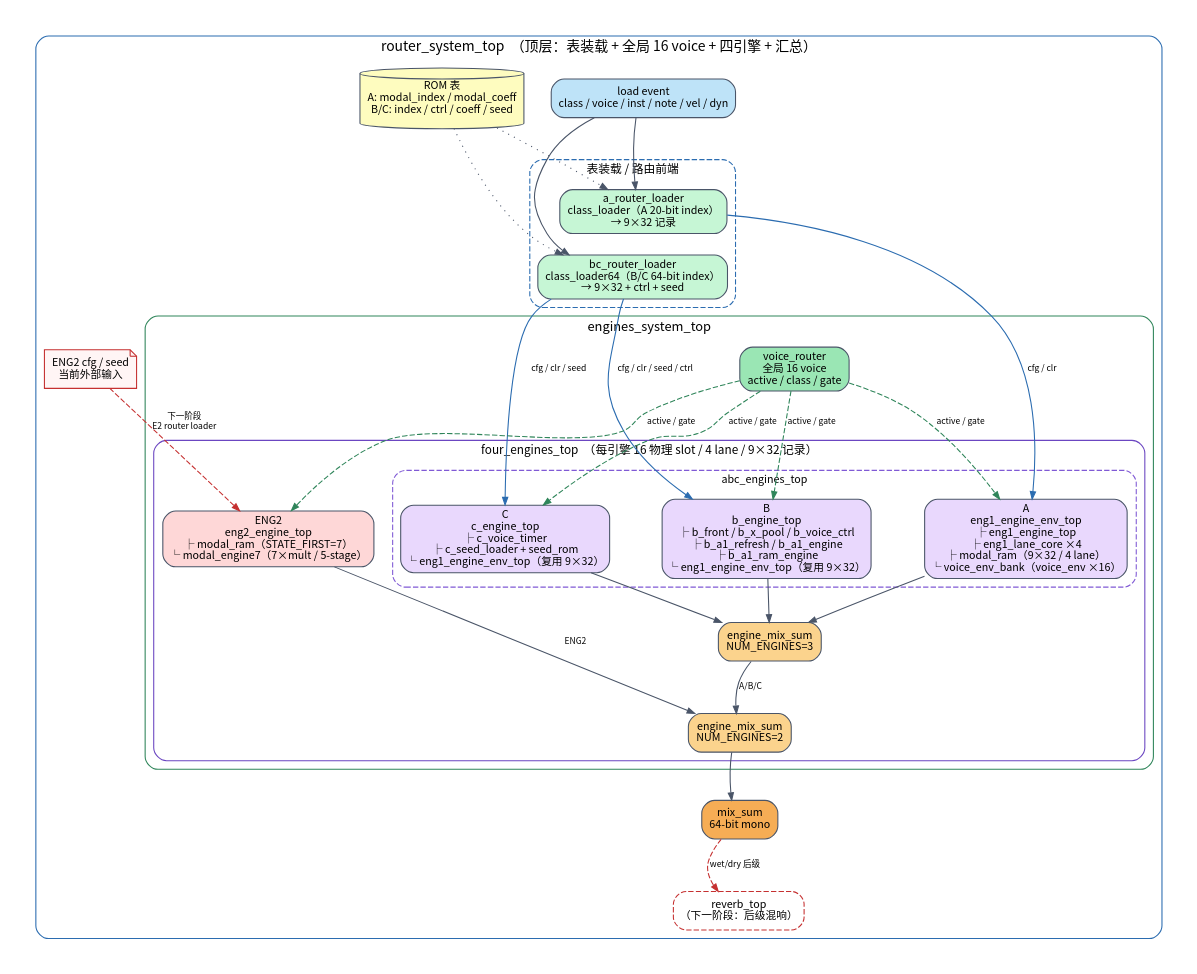
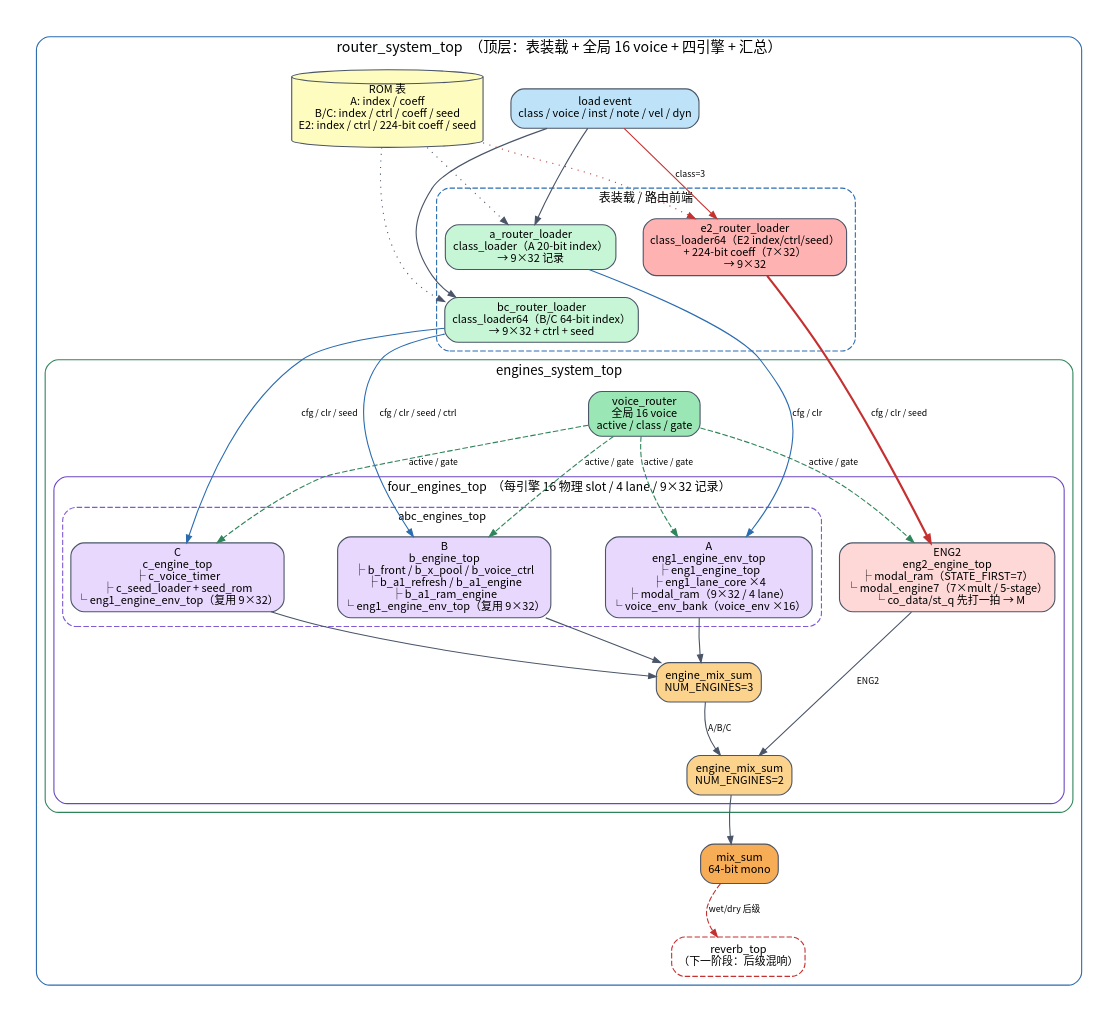
One commit to rubbishbro/FPGA_IDC_2026 changed the diagram in docs/diagrams/engines_system_flow.dot. Above: the diagram before and after it, drawn with Graphviz. The commit also changed 2 other files, not shown here.

Commit message:
docs(diagram): redraw four-engine flow with E2 router loader

```diff
--- a/docs/diagrams/engines_system_flow.dot
+++ b/docs/diagrams/engines_system_flow.dot
@@ -1,86 +1,87 @@
 digraph engines_system {
     graph [
         fontname="Noto Sans CJK TC", fontsize=18,
         rankdir=TB, compound=true, newrank=true,
         nodesep=0.35, ranksep=0.55, size="15,13", bgcolor="white", pad=0.25
     ];
     node [shape=box, style="rounded,filled", fontname="Noto Sans CJK TC",
           fontsize=10, margin="0.10,0.06", color="#4a5568", fillcolor="#edf2f7"];
     edge [fontname="Noto Sans CJK TC", fontsize=8, color="#4a5568", arrowsize=0.7];
 
     subgraph cluster_top {
         label="router_system_top  （顶层：表装载 + 全局 16 voice + 四引擎 + 汇总）";
         fontsize=13; color="#2b6cb0"; style="rounded"; fillcolor="#ebf8ff";
 
         event [label="load event\nclass / voice / inst / note / vel / dyn", fillcolor="#bee3f8"];
-        rom [label="ROM 表\nA: modal_index / modal_coeff\nB/C: index / ctrl / coeff / seed", shape=cylinder, fillcolor="#fefcbf"];
+        rom [label="ROM 表\nA: index / coeff\nB/C: index / ctrl / coeff / seed\nE2: index / ctrl / 224-bit coeff / seed", shape=cylinder, fillcolor="#fefcbf"];
 
         subgraph cluster_front {
             label="表装载 / 路由前端";
             fontsize=11; color="#2b6cb0"; style="rounded,dashed"; fillcolor="#ebf8ff";
             a_ld [label="a_router_loader\nclass_loader（A 20-bit index）\n→ 9×32 记录", fillcolor="#c6f6d5"];
             bc_ld [label="bc_router_loader\nclass_loader64（B/C 64-bit index）\n→ 9×32 + ctrl + seed", fillcolor="#c6f6d5"];
+            e2_ld [label="e2_router_loader\nclass_loader64（E2 index/ctrl/seed）\n+ 224-bit coeff（7×32）\n→ 9×32", fillcolor="#feb2b2"];
         }
 
         subgraph cluster_sys {
             label="engines_system_top";
             fontsize=12; color="#2f855a"; style="rounded"; fillcolor="#f0fff4";
             vr [label="voice_router\n全局 16 voice\nactive / class / gate", fillcolor="#9ae6b4"];
 
             subgraph cluster_four {
                 label="four_engines_top  （每引擎 16 物理 slot / 4 lane / 9×32 记录）";
                 fontsize=11; color="#6b46c1"; style="rounded"; fillcolor="#faf5ff";
 
                 subgraph cluster_abc {
                     label="abc_engines_top";
                     fontsize=10; color="#805ad5"; style="rounded,dashed"; fillcolor="#faf5ff";
                     a_eng [label="A\neng1_engine_env_top\n├ eng1_engine_top\n├ eng1_lane_core ×4\n├ modal_ram（9×32 / 4 lane）\n└ voice_env_bank（voice_env ×16）", fillcolor="#e9d8fd"];
                     b_eng [label="B\nb_engine_top\n├ b_front / b_x_pool / b_voice_ctrl\n├ b_a1_refresh / b_a1_engine\n├ b_a1_ram_engine\n└ eng1_engine_env_top（复用 9×32）", fillcolor="#e9d8fd"];
                     c_eng [label="C\nc_engine_top\n├ c_voice_timer\n├ c_seed_loader + seed_rom\n└ eng1_engine_env_top（复用 9×32）", fillcolor="#e9d8fd"];
                 }
 
-                e2 [label="ENG2\neng2_engine_top\n├ modal_ram（STATE_FIRST=7）\n└ modal_engine7（7×mult / 5-stage）", fillcolor="#fed7d7"];
+                e2 [label="ENG2\neng2_engine_top\n├ modal_ram（STATE_FIRST=7）\n└ modal_engine7（7×mult / 5-stage）\n   └ co_data/st_q 先打一拍 → M", fillcolor="#fed7d7"];
 
                 { rank=same; a_eng; b_eng; c_eng; e2; }
                 a_eng -> b_eng -> c_eng [style=invis];
 
                 sum_abc [label="engine_mix_sum\nNUM_ENGINES=3", fillcolor="#fbd38d"];
                 sum_all [label="engine_mix_sum\nNUM_ENGINES=2", fillcolor="#fbd38d"];
             }
         }
 
         mix_out [label="mix_sum\n64-bit mono", fillcolor="#f6ad55"];
         reverb [label="reverb_top\n（下一阶段：后级混响）", shape=box, style="rounded,dashed", color="#c53030", fillcolor="#fff5f5"];
 
         // ---- 主数据流 ----
         event -> a_ld;
         event -> bc_ld;
+        event -> e2_ld [label="class=3", color="#c53030"];
         rom -> a_ld [style=dotted];
         rom -> bc_ld [style=dotted];
+        rom -> e2_ld [style=dotted, color="#c53030"];
 
         a_ld -> a_eng [label="cfg / clr", color="#2b6cb0"];
         bc_ld -> b_eng [label="cfg / clr / seed / ctrl", color="#2b6cb0"];
         bc_ld -> c_eng [label="cfg / clr / seed", color="#2b6cb0"];
+        e2_ld -> e2 [label="cfg / clr / seed", color="#c53030", style=bold];
 
         vr -> a_eng [label="active / gate", color="#2f855a", style=dashed];
         vr -> b_eng [label="active / gate", color="#2f855a", style=dashed];
         vr -> c_eng [label="active / gate", color="#2f855a", style=dashed];
         vr -> e2  [label="active / gate", color="#2f855a", style=dashed];
 
         a_eng -> sum_abc;
         b_eng -> sum_abc;
         c_eng -> sum_abc;
         sum_abc -> sum_all [label="A/B/C"];
         e2 -> sum_all [label="ENG2"];
         sum_all -> mix_out;
         mix_out -> reverb [label="wet/dry 后级", style=dashed, color="#c53030"];
 
-        // ENG2 当前仍是外部 cfg（下一阶段接入 router）
-        e2_ext [label="ENG2 cfg / seed\n当前外部输入", shape=note, fillcolor="#fff5f5", color="#c53030"];
-        e2_ext -> e2 [style=dashed, color="#c53030", label="下一阶段\nE2 router loader"];
     }
 
     // 用不可见边固定主链层级，避免 cluster 乱跳
     edge [style=invis];
     event -> a_ld; a_ld -> vr; vr -> a_eng; a_eng -> sum_abc; sum_abc -> sum_all; sum_all -> mix_out; mix_out -> reverb;
 }
```
